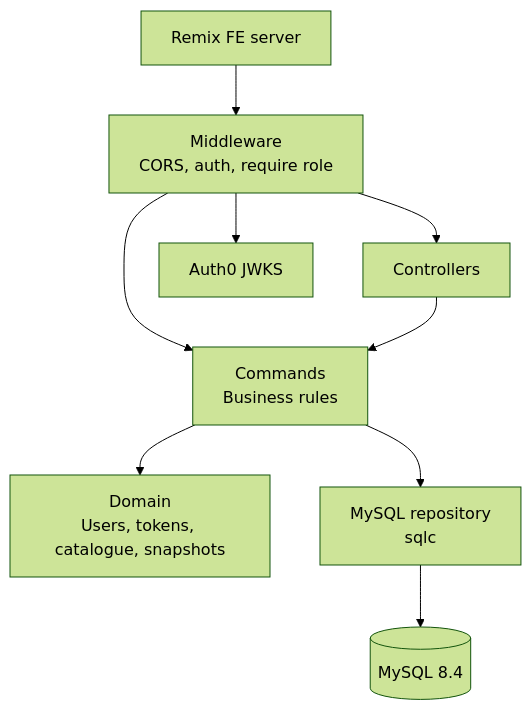
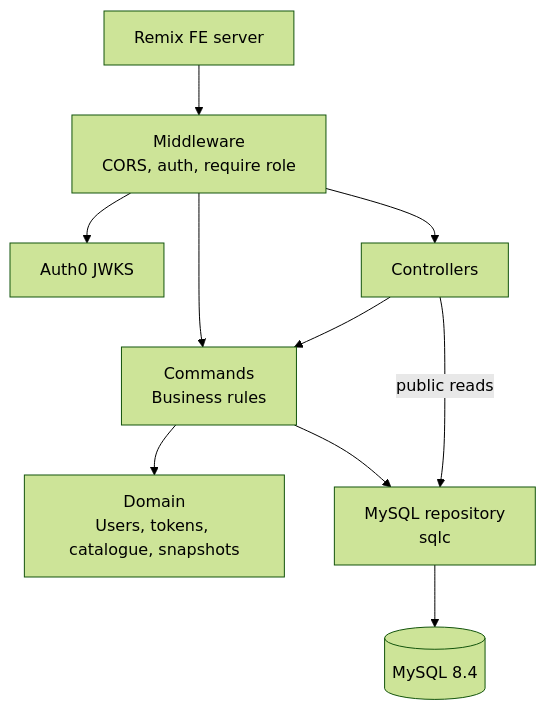
One commit to jbeshir/bardic-torch changed the diagram in README.md. Above: the diagram before and after it, drawn with Mermaid (forest theme). The commit also changed other lines of this file and 28 other files, not shown here.

````diff
--- a/README.md
+++ b/README.md
@@ -52,20 +52,21 @@
 ```mermaid
 graph TD
     FE[Remix FE server]
     MW[Middleware<br/>CORS, auth, require role]
     CTRL[Controllers]
     CMD[Commands<br/>Business rules]
     DOM[Domain<br/>Users, tokens, catalogue, snapshots]
     REPO[MySQL repository<br/>sqlc]
     DB[(MySQL 8.4)]
     AUTH0[Auth0 JWKS]
 
     FE --> MW
     MW --> AUTH0
     MW --> CMD
     MW --> CTRL
     CTRL --> CMD
+    CTRL -->|public reads| REPO
     CMD --> DOM
     CMD --> REPO
     REPO --> DB
 ```
````
